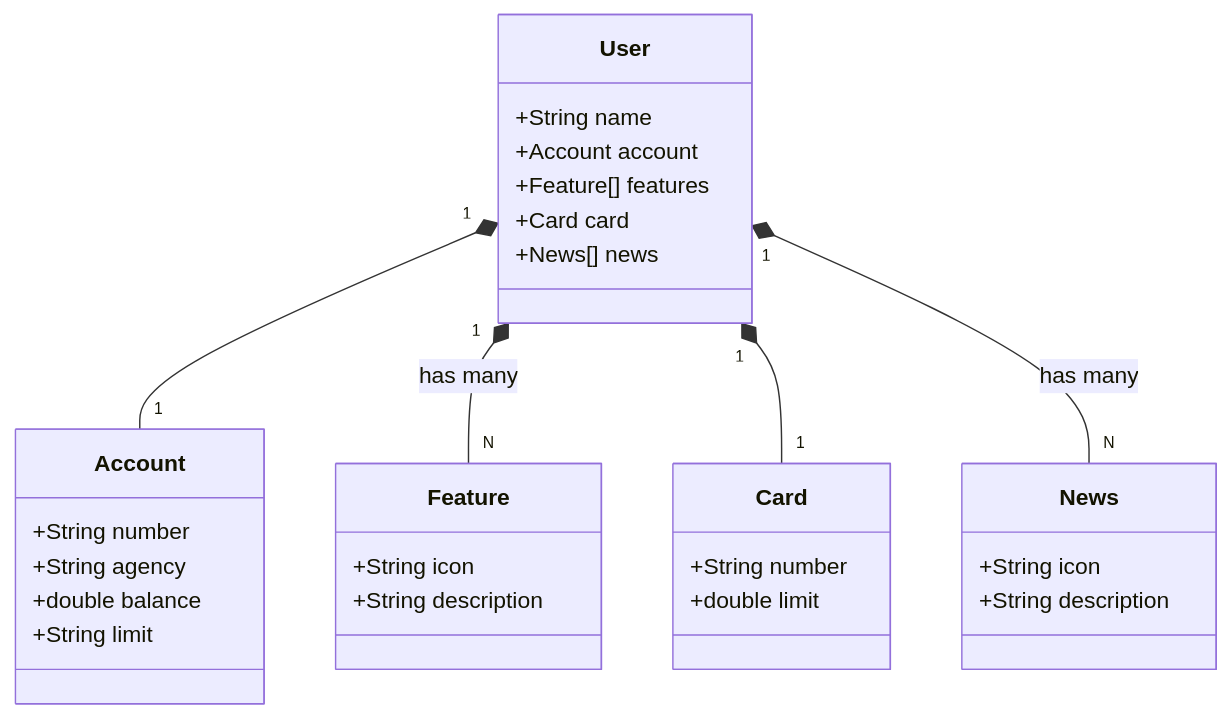
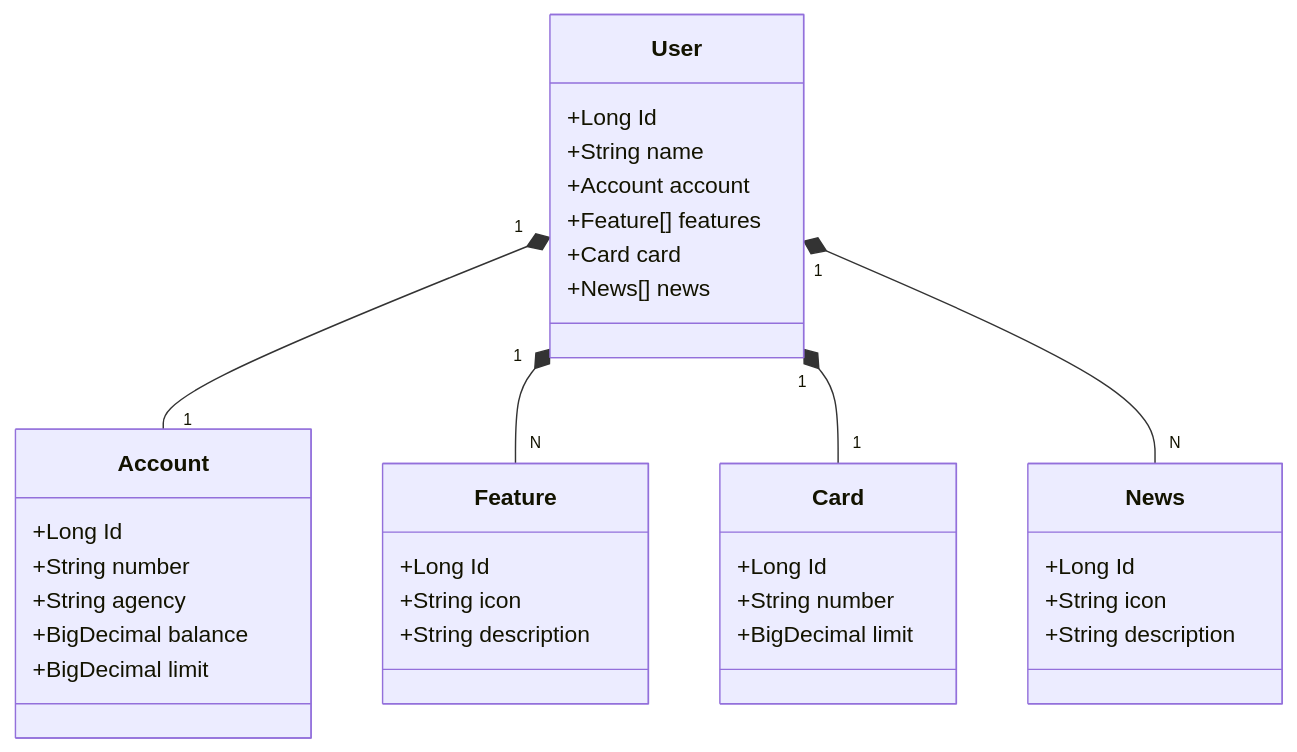
Before and after one commit to LuanrnSilva/avanade-dev-week-2025: the diagram in README.md, drawn with Mermaid.

````diff
--- a/README.md
+++ b/README.md
@@ -6,37 +6,42 @@
 ```mermaid
 classDiagram
     class User {
+        +Long Id
         +String name
         +Account account
         +Feature[] features
         +Card card
         +News[] news
     }
 
     class Account {
+        +Long Id
         +String number
         +String agency
-        +double balance
-        +String limit
+        +BigDecimal balance
+        +BigDecimal limit
     }
 
     class Feature {
+        +Long Id
         +String icon
         +String description
     }
 
     class Card {
+        +Long Id
         +String number
-        +double limit
+        +BigDecimal limit
     }
 
     class News {
+        +Long Id
         +String icon
         +String description
     }
 
     User "1" *-- "1" Account
-    User "1" *-- "N" Feature : has many
+    User "1" *-- "N" Feature
     User "1" *-- "1" Card
-    User "1" *-- "N" News : has many
+    User "1" *-- "N" News
 ```
````
